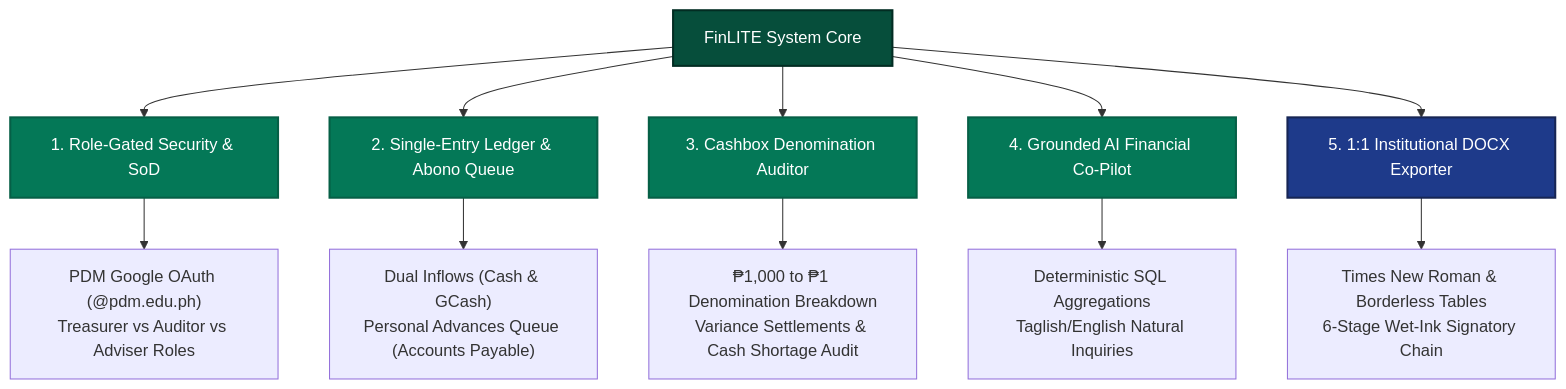
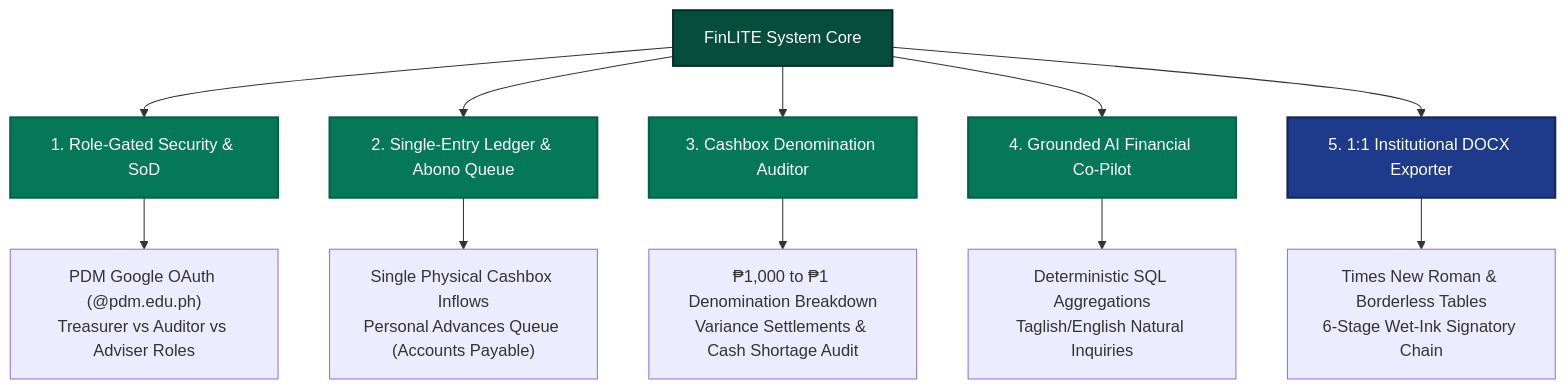
One commit to butterkookies/FinLITE changed the first of 5 diagrams in docs/PROJECT_CONTEXT.md. Above: the diagram before and after it, drawn with Mermaid. The commit also changed other lines of this file and 19 other files, not shown here.

Commit message:
feat(finance): retire GCash module and transition to single physical cashbox model

````diff
--- a/docs/PROJECT_CONTEXT.md
+++ b/docs/PROJECT_CONTEXT.md
@@ -20,18 +20,18 @@
 ```mermaid
 graph TD
     classDef sub fill:#047857,stroke:#065f46,stroke-width:2px,color:#fff;
     classDef core fill:#064e3b,stroke:#022c22,stroke-width:2px,color:#fff;
     classDef exp fill:#1e3a8a,stroke:#172554,stroke-width:2px,color:#fff;
 
     A["FinLITE System Core"]:::core --> B["1. Role-Gated Security & SoD"]:::sub
     A --> C["2. Single-Entry Ledger & Abono Queue"]:::sub
     A --> D["3. Cashbox Denomination Auditor"]:::sub
     A --> E["4. Grounded AI Financial Co-Pilot"]:::sub
     A --> F["5. 1:1 Institutional DOCX Exporter"]:::exp
 
     B --> B1["PDM Google OAuth (@pdm.edu.ph)<br/>Treasurer vs Auditor vs Adviser Roles"]
-    C --> C1["Dual Inflows (Cash & GCash)<br/>Personal Advances Queue (Accounts Payable)"]
+    C --> C1["Single Physical Cashbox Inflows<br/>Personal Advances Queue (Accounts Payable)"]
     D --> D1["₱1,000 to ₱1 Denomination Breakdown<br/>Variance Settlements & Cash Shortage Audit"]
     E --> E1["Deterministic SQL Aggregations<br/>Taglish/English Natural Inquiries"]
     F --> F1["Times New Roman & Borderless Tables<br/>6-Stage Wet-Ink Signatory Chain"]
 ```
````
